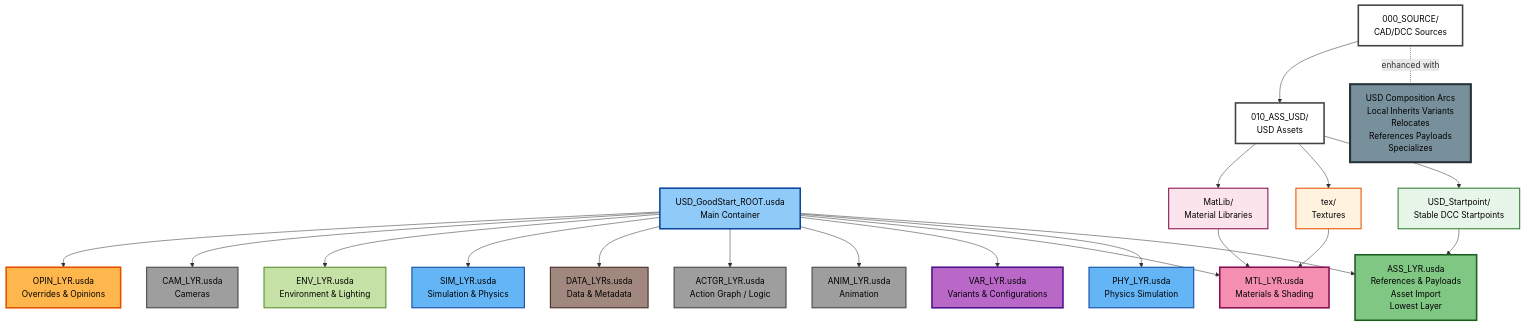
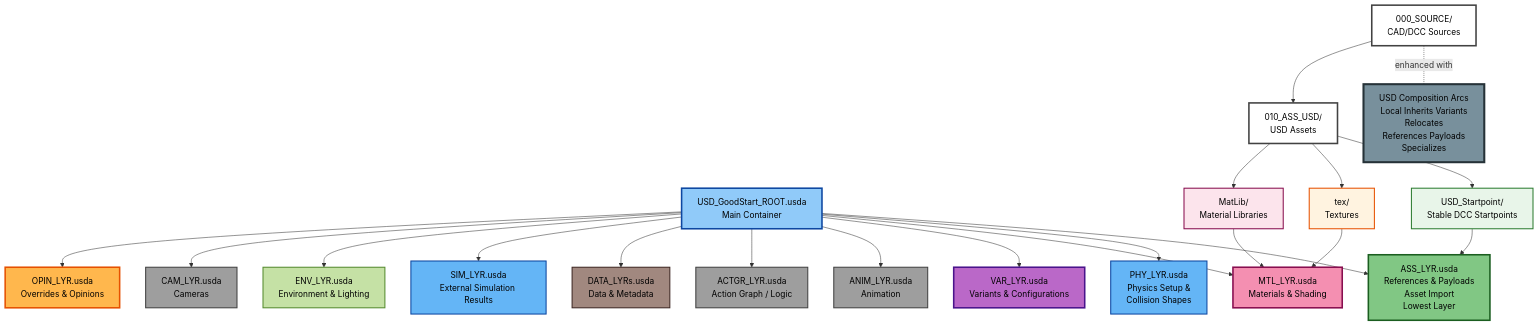
Before and after one commit to jph2/USD_GoodStart: the diagram in README.md, drawn with Mermaid. The commit also changed other lines of this file and 55 other files, not shown here.

Commit message:
Add Customizing OpenUSD tutorial with digital twin breakouts; clarify SIM vs PHY layers

````diff
--- a/README.md
+++ b/README.md
@@ -56,44 +58,44 @@
 ```mermaid
 graph TD
     Root[USD_GoodStart_ROOT.usda<br/>Main Container] --> Opinion[OPIN_LYR.usda<br/>Overrides & Opinions]
     Root --> Camera[CAM_LYR.usda<br/>Cameras]
     Root --> Env[ENV_LYR.usda<br/>Environment & Lighting]
-    Root --> Sim[SIM_LYR.usda<br/>Simulation & Physics]
+    Root --> Sim[SIM_LYR.usda<br/>External Simulation Results]
     Root --> Data[DATA_LYRs.usda<br/>Data & Metadata]
     Root --> Actgr[ACTGR_LYR.usda<br/>Action Graph / Logic]
     Root --> Anim[ANIM_LYR.usda<br/>Animation]
     Root --> Variant[VAR_LYR.usda<br/>Variants & Configurations]
     Root --> Material[MTL_LYR.usda<br/>Materials & Shading]
-    Root --> Physics[PHY_LYR.usda<br/>Physics Simulation]
+    Root --> Physics[PHY_LYR.usda<br/>Physics Setup &<br/>Collision Shapes]
     Root --> Asset[ASS_LYR.usda<br/>References & Payloads<br/>Asset Import<br/>Lowest Layer]
     
     Source[000_SOURCE/<br/>CAD/DCC Sources] --> Assets[010_ASS_USD/<br/>USD Assets]
     Assets --> MatLib[MatLib/<br/>Material Libraries]
     Assets --> Tex[tex/<br/>Textures]
     Assets --> Startpoint[USD_Startpoint/<br/>Stable DCC Startpoints]
     
     Startpoint --> Asset
     MatLib --> Material
     Tex --> Material
     
     Source -.-|enhanced with| Composition[USD Composition Arcs<br/>Local Inherits Variants<br/>Relocates<br/>References Payloads<br/>Specializes]
     
     style Root fill:#90caf9,stroke:#0d47a1,stroke-width:3px,color:#000
     style Asset fill:#81c784,stroke:#1b5e20,stroke-width:3px,color:#000
     style Opinion fill:#ffb74d,stroke:#e65100,stroke-width:3px,color:#000
     style Variant fill:#ba68c8,stroke:#4a148c,stroke-width:3px,color:#000
     style Material fill:#f48fb1,stroke:#880e4f,stroke-width:3px,color:#000
     style Sim fill:#64b5f6,stroke:#0d47a1,stroke-width:2px,color:#000
     style Data fill:#a1887f,stroke:#3e2723,stroke-width:2px,color:#000
     style Env fill:#c5e1a5,stroke:#558b2f,stroke-width:2px,color:#000
     style Actgr fill:#9e9e9e,stroke:#424242,stroke-width:2px,color:#000
     style Anim fill:#9e9e9e,stroke:#424242,stroke-width:2px,color:#000
     style Camera fill:#9e9e9e,stroke:#424242,stroke-width:2px,color:#000
     style Physics fill:#64b5f6,stroke:#0d47a1,stroke-width:2px,color:#000
     style Composition fill:#78909c,stroke:#263238,stroke-width:4px,color:#000
     style Source fill:#ffffff,stroke:#424242,stroke-width:3px,color:#000
     style Assets fill:#ffffff,stroke:#424242,stroke-width:3px,color:#000
     style Startpoint fill:#e8f5e9,stroke:#2e7d32,stroke-width:2px,color:#000
     style MatLib fill:#fce4ec,stroke:#880e4f,stroke-width:2px,color:#000
     style Tex fill:#fff3e0,stroke:#e65100,stroke-width:2px,color:#000
 ```
````
